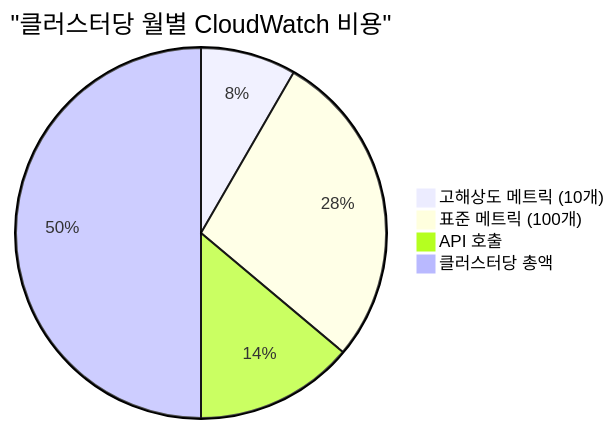
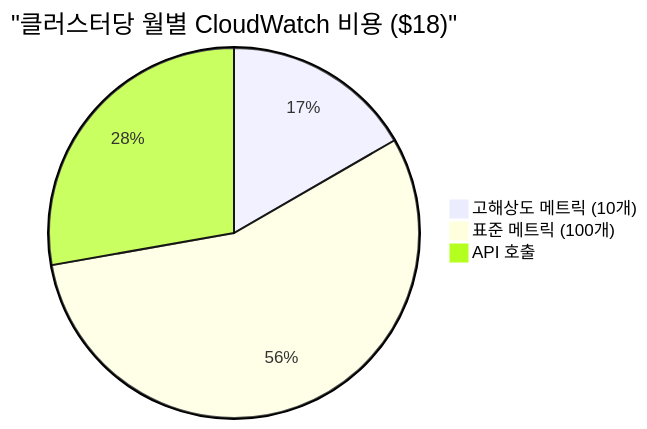
Before and after one commit to devfloor9/engineering-playbook: the eighth of 33 diagrams in docs/infrastructure-optimization/karpenter-autoscaling.md, drawn with Mermaid. The commit also changed other lines of this file and 43 other files, not shown here.

````diff
--- a/docs/infrastructure-optimization/karpenter-autoscaling.md
+++ b/docs/infrastructure-optimization/karpenter-autoscaling.md
@@ -255,8 +492,7 @@
 ```mermaid
-pie title "클러스터당 월별 CloudWatch 비용"
+pie title "클러스터당 월별 CloudWatch 비용 ($18)"
     "고해상도 메트릭 (10개)" : 3
     "표준 메트릭 (100개)" : 10
     "API 호출" : 5
-    "클러스터당 총액" : 18
 
 ```
````
